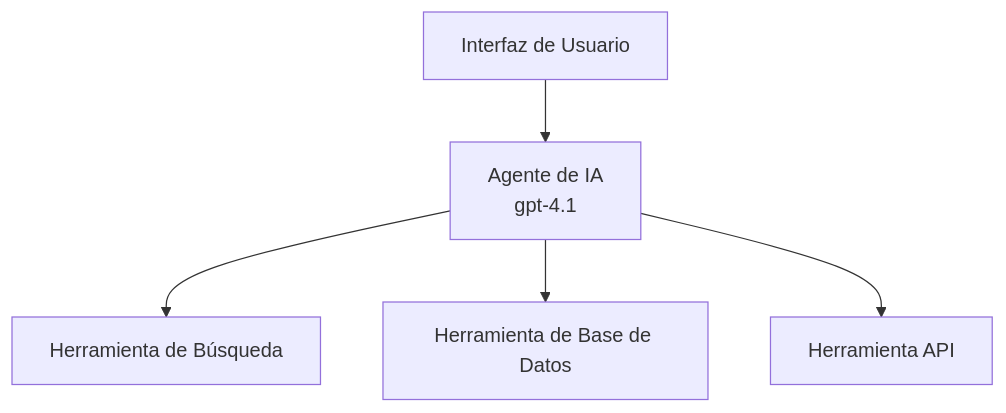
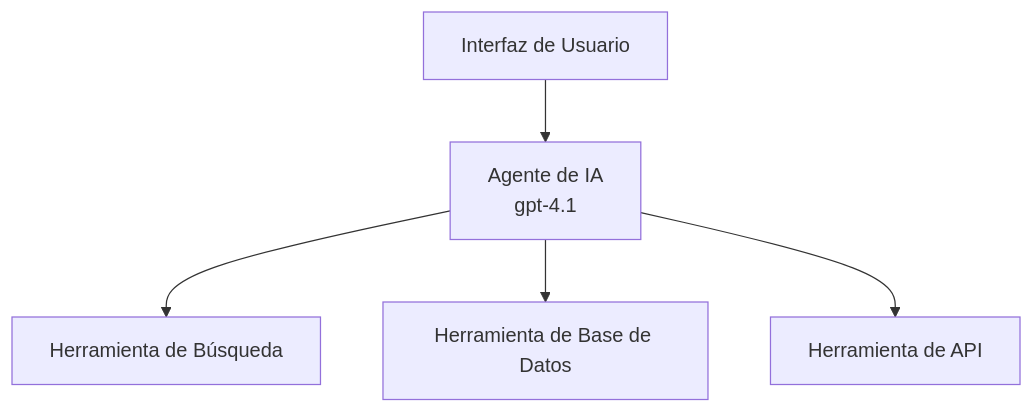
The first of 3 diagrams in translations/es/docs/chapter-02-ai-development/agents.md (microsoft/AZD-for-beginners), drawn with Mermaid before and after one commit. The commit also changed other lines of this file and 99 other files, not shown here.

````diff
--- a/translations/es/docs/chapter-02-ai-development/agents.md
+++ b/translations/es/docs/chapter-02-ai-development/agents.md
@@ -152,7 +157,7 @@
 ```mermaid
 graph TD
     UI[Interfaz de Usuario] --> Agent[Agente de IA<br/>gpt-4.1]
     Agent --> Search[Herramienta de Búsqueda]
     Agent --> Database[Herramienta de Base de Datos]
-    Agent --> API[Herramienta API]
+    Agent --> API[Herramienta de API]
 ```
````
